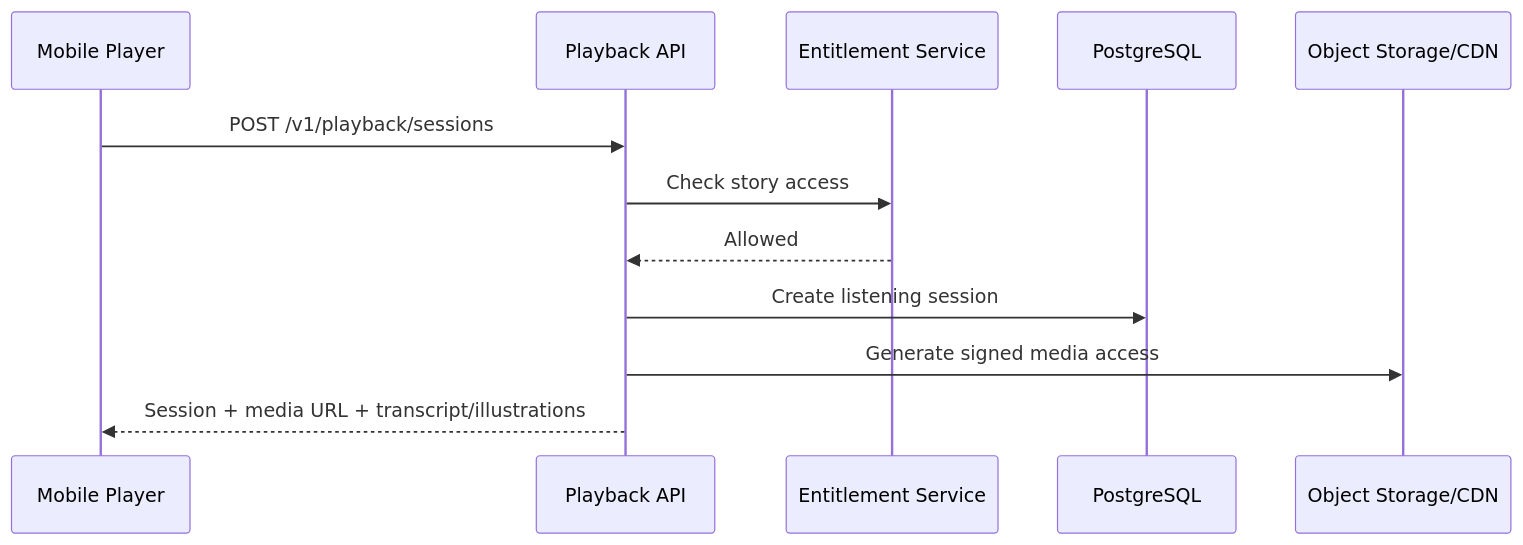
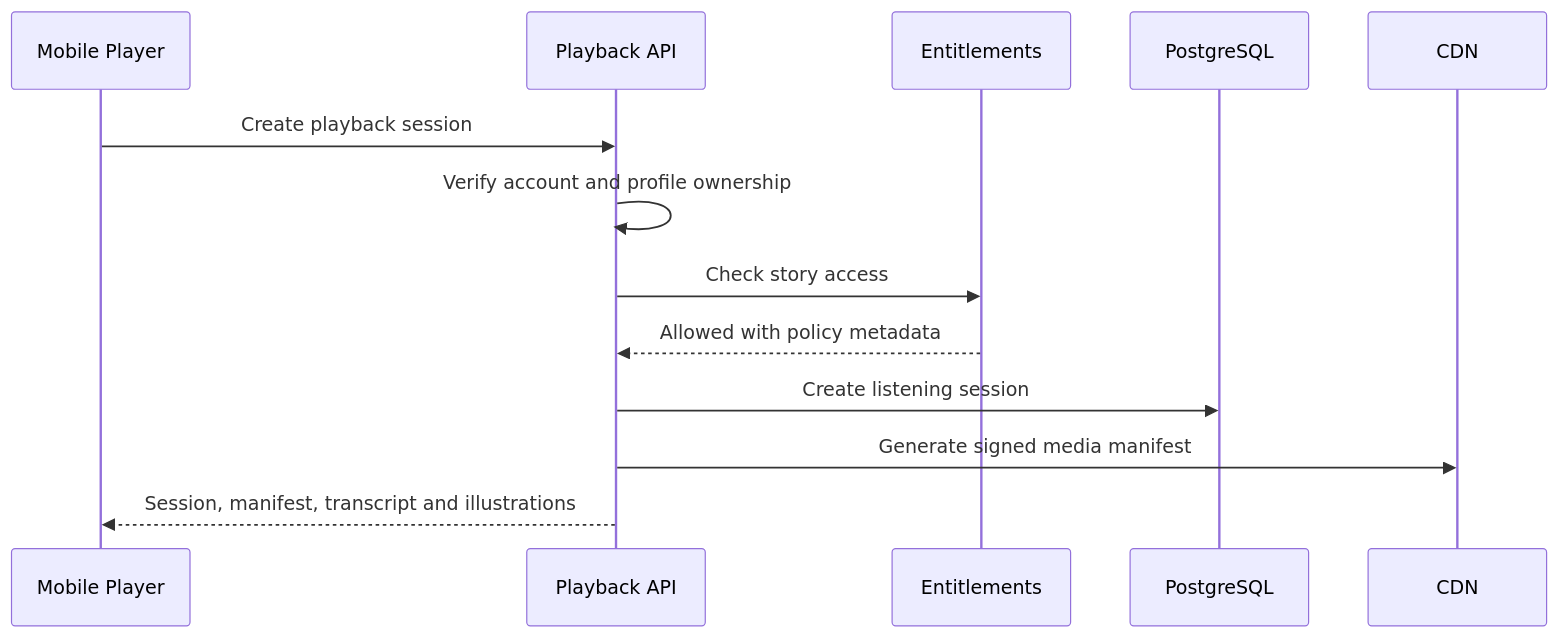
Before and after one commit to IoanMarian08/KidsAudioBookPlatform: the fifth of 14 diagrams in docs/03_Architecture/System_Flows.md, drawn with Mermaid. The commit also changed other lines of this file, not shown here.

Commit message:
Document system flows

````diff
--- a/docs/03_Architecture/System_Flows.md
+++ b/docs/03_Architecture/System_Flows.md
@@ -161,15 +272,16 @@
 ```mermaid
 sequenceDiagram
     participant M as Mobile Player
     participant P as Playback API
-    participant E as Entitlement Service
+    participant E as Entitlements
     participant DB as PostgreSQL
-    participant S as Object Storage/CDN
+    participant CDN as CDN
 
-    M->>P: POST /v1/playback/sessions
+    M->>P: Create playback session
+    P->>P: Verify account and profile ownership
     P->>E: Check story access
-    E-->>P: Allowed
+    E-->>P: Allowed with policy metadata
     P->>DB: Create listening session
-    P->>S: Generate signed media access
-    P-->>M: Session + media URL + transcript/illustrations
+    P->>CDN: Generate signed media manifest
+    P-->>M: Session, manifest, transcript and illustrations
 ```
````
